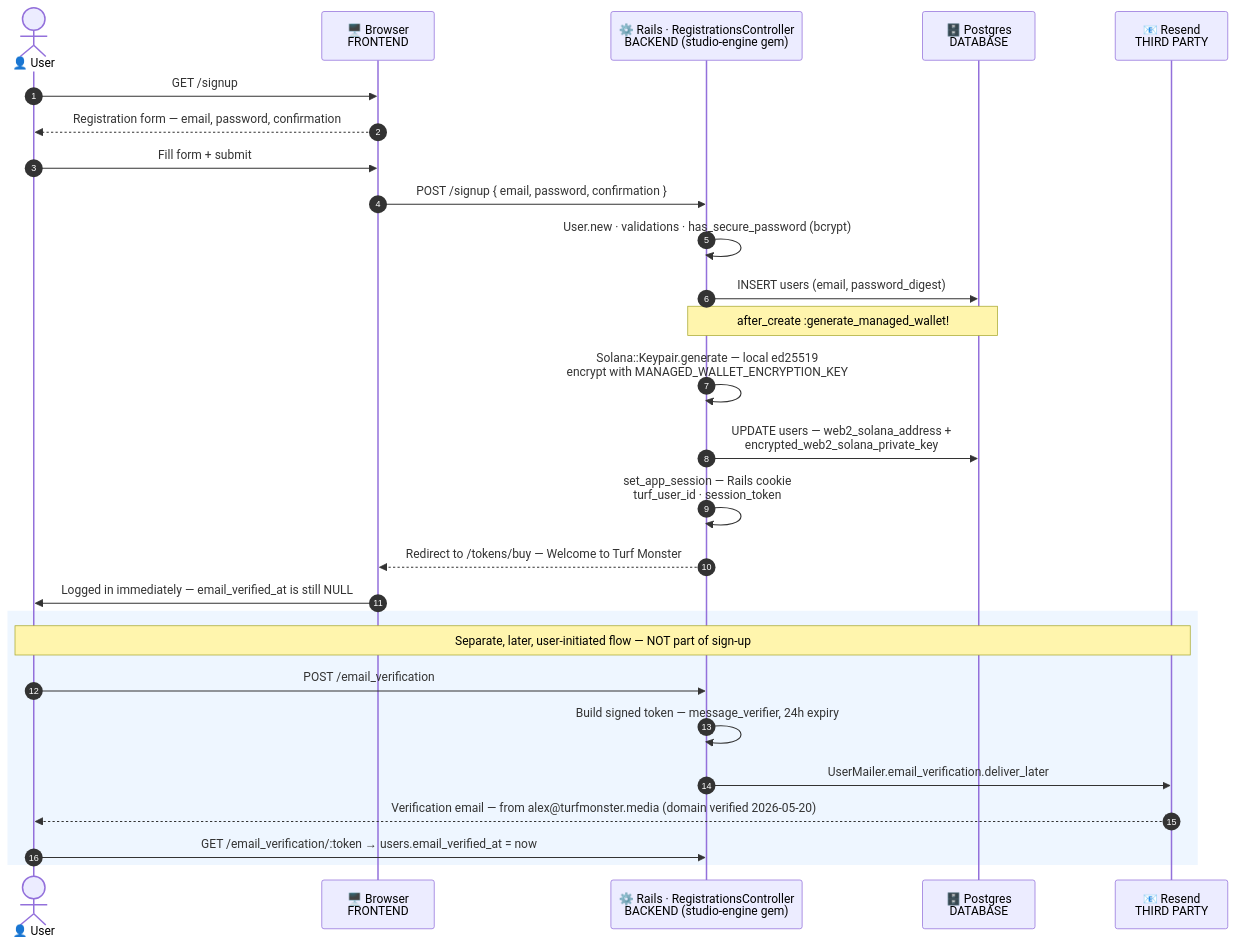
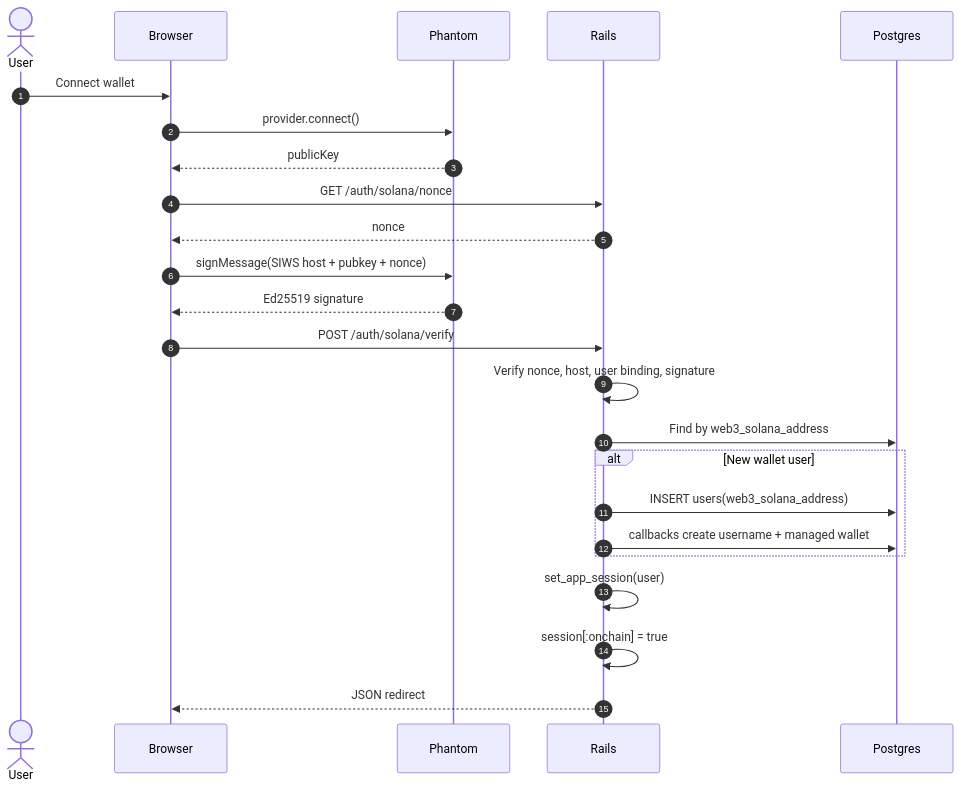
One commit to amcritchie/turf-monster changed the third of 3 diagrams in docs/SIGNUP_FLOWS.md. Above: the diagram before and after it, drawn with Mermaid. The commit also changed other lines of this file and 12 other files, not shown here.

````diff
--- a/docs/SIGNUP_FLOWS.md
+++ b/docs/SIGNUP_FLOWS.md
@@ -177,31 +151,27 @@
 ```mermaid
 sequenceDiagram
     autonumber
-    actor U as 👤 User
-    participant FE as 🖥️ Browser<br/>FRONTEND
-    participant BE as ⚙️ Rails · RegistrationsController<br/>BACKEND (studio-engine gem)
-    participant DB as 🗄️ Postgres<br/>DATABASE
-    participant RS as 📧 Resend<br/>THIRD PARTY
+    actor U as User
+    participant FE as Browser
+    participant PH as Phantom
+    participant BE as Rails
+    participant DB as Postgres
 
-    U->>FE: GET /signup
-    FE-->>U: Registration form — email, password, confirmation
-    U->>FE: Fill form + submit
-    FE->>BE: POST /signup  { email, password, confirmation }
-    BE->>BE: User.new · validations · has_secure_password (bcrypt)
-    BE->>DB: INSERT users (email, password_digest)
-    Note over BE,DB: after_create :generate_managed_wallet!
-    BE->>BE: Solana::Keypair.generate — local ed25519<br/>encrypt with MANAGED_WALLET_ENCRYPTION_KEY
-    BE->>DB: UPDATE users — web2_solana_address +<br/>encrypted_web2_solana_private_key
-    BE->>BE: set_app_session — Rails cookie<br/>turf_user_id · session_token
-    BE-->>FE: Redirect to /tokens/buy — Welcome to Turf Monster
-    FE->>U: Logged in immediately — email_verified_at is still NULL
-
-    rect rgb(238, 246, 255)
-    Note over U,RS: Separate, later, user-initiated flow — NOT part of sign-up
-    U->>BE: POST /email_verification
-    BE->>BE: Build signed token — message_verifier, 24h expiry
-    BE->>RS: UserMailer.email_verification.deliver_later
-    RS-->>U: Verification email — from alex@turfmonster.media (domain verified 2026-05-20)
-    U->>BE: GET /email_verification/:token  →  users.email_verified_at = now
+    U->>FE: Connect wallet
+    FE->>PH: provider.connect()
+    PH-->>FE: publicKey
+    FE->>BE: GET /auth/solana/nonce
+    BE-->>FE: nonce
+    FE->>PH: signMessage(SIWS host + pubkey + nonce)
+    PH-->>FE: Ed25519 signature
+    FE->>BE: POST /auth/solana/verify
+    BE->>BE: Verify nonce, host, user binding, signature
+    BE->>DB: Find by web3_solana_address
+    alt New wallet user
+        BE->>DB: INSERT users(web3_solana_address)
+        BE->>DB: callbacks create username + managed wallet
     end
+    BE->>BE: set_app_session(user)
+    BE->>BE: session[:onchain] = true
+    BE-->>FE: JSON redirect
 ```
````
